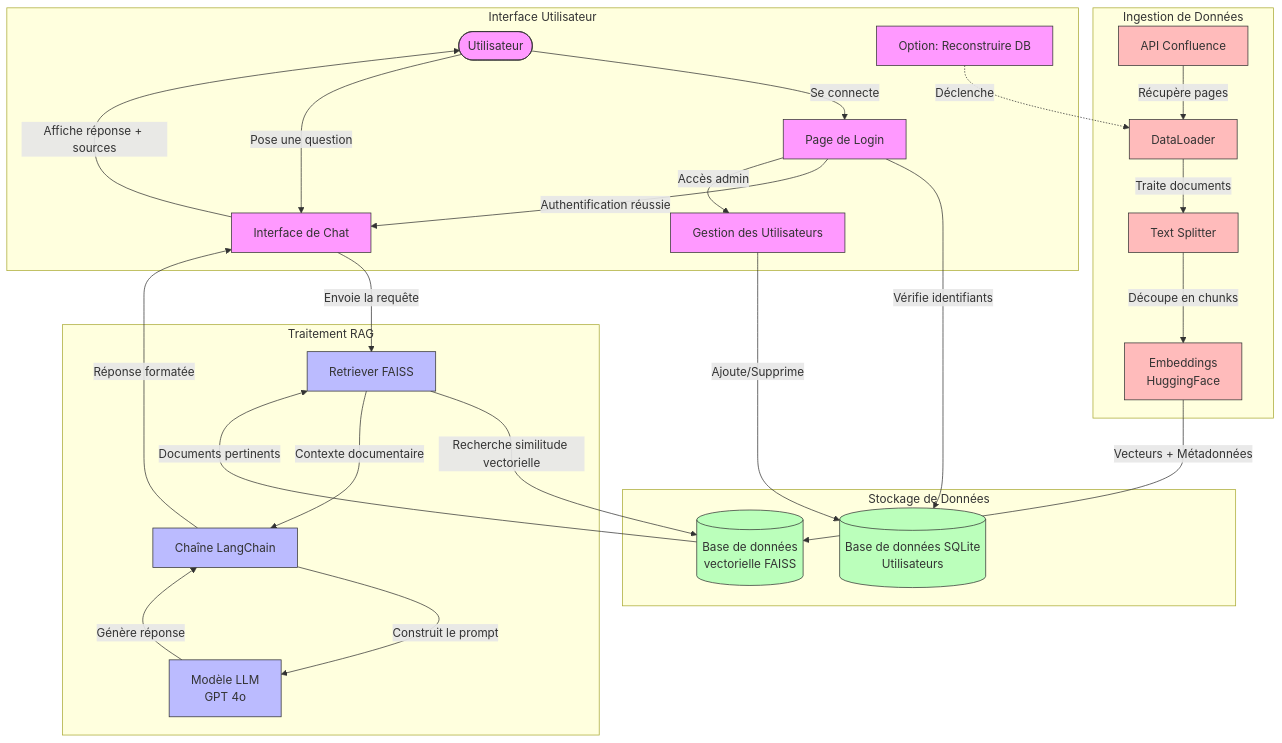
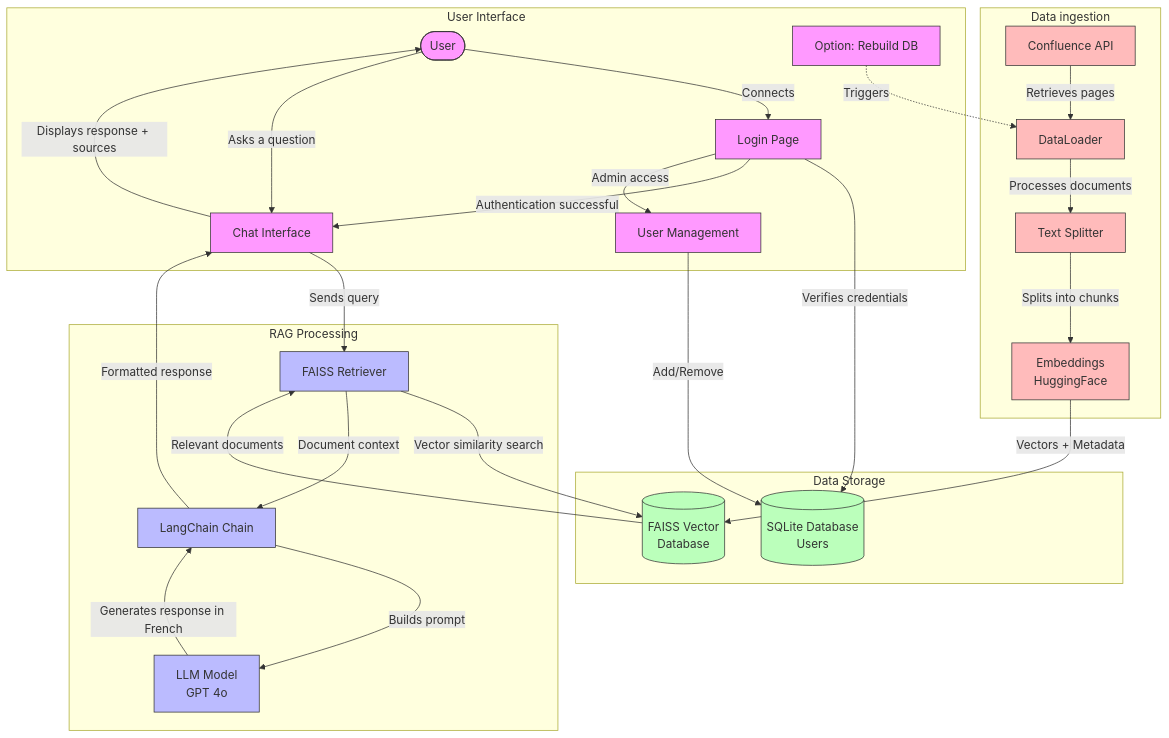
The diagram in flux_donnees.mmd (Isskar/Isschat), drawn with Mermaid before and after one commit. The commit also changed 25 other files, not shown here.

```diff
--- a/flux_donnees.mmd
+++ b/flux_donnees.mmd
@@ -1,71 +1,70 @@
 graph TD
-    %% Utilisateurs et Interface
-    User([Utilisateur]) -->|Se connecte| Login[Page de Login]
-    Login -->|Vérifie identifiants| AuthDB[(Base de données SQLite<br>Utilisateurs)]
-    Login -->|Authentification réussie| Chat[Interface de Chat]
-    Login -->|Accès admin| Admin[Gestion des Utilisateurs]
+    %% Users and Interface
+    User([User]) -->|Connects| Login[Login Page]
+    Login -->|Verifies credentials| AuthDB[(SQLite Database<br>Users)]
+    Login -->|Authentication successful| Chat[Chat Interface]
+    Login -->|Admin access| Admin[User Management]
     
-    %% Flux de la question
-    User -->|Pose une question| Chat
-    Chat -->|Envoie la requête| Retriever[Retriever FAISS]
+    %% Question Flow
+    User -->|Asks a question| Chat
+    Chat -->|Sends query| Retriever[FAISS Retriever]
     
-    %% Recherche de documents
-    Retriever -->|Recherche similitude vectorielle| VectorDB[(Base de données<br>vectorielle FAISS)]
-    VectorDB -->|Documents pertinents| Retriever
+    %% Document Search
+    Retriever -->|Vector similarity search| VectorDB[(FAISS Vector<br>Database)]
+    VectorDB -->|Relevant documents| Retriever
     
-    %% Génération de réponse
-    Retriever -->|Contexte documentaire| Chain[Chaîne LangChain]
-    Chain -->|Construit le prompt| LLM[Modèle LLM<br>GPT 4o]
-    LLM -->|Génère réponse| Chain
-    Chain -->|Réponse formatée| Chat
-    Chat -->|Affiche réponse + sources| User
+    %% Response Generation
+    Retriever -->|Document context| Chain[LangChain Chain]
+    Chain -->|Builds prompt| LLM[LLM Model<br>GPT 4o]
+    LLM -->|Generates response in French| Chain
+    Chain -->|Formatted response| Chat
+    Chat -->|Displays response + sources| User
     
-    %% Initialisation et mise à jour de la base
-    ConfluenceAPI[API Confluence] -->|Récupère pages| DataLoader[DataLoader]
-    DataLoader -->|Traite documents| TextSplitter[Text Splitter]
-    TextSplitter -->|Découpe en chunks| Embedder[Embeddings<br>HuggingFace]
-    Embedder -->|Vecteurs + Métadonnées| VectorDB
+    %% Database Initialization and Update
+    ConfluenceAPI[Confluence API] -->|Retrieves pages| DataLoader[DataLoader]
+    DataLoader -->|Processes documents| TextSplitter[Text Splitter]
+    TextSplitter -->|Splits into chunks| Embedder[Embeddings<br>HuggingFace]
+    Embedder -->|Vectors + Metadata| VectorDB
     
-    %% Gestion des utilisateurs
-    Admin -->|Ajoute/Supprime| AuthDB
+    %% User Management
+    Admin -->|Add/Remove| AuthDB
     
-    %% Options avancées
-    RebuildDB[Option: Reconstruire DB] -.->|Déclenche| DataLoader
+    %% Advanced Options
+    RebuildDB[Option: Rebuild DB] -.->|Triggers| DataLoader
     
-    %% Sous-graphes pour organiser
-    subgraph "Interface Utilisateur"
+    %% Subgraphs for organization
+    subgraph "User Interface"
         User
         Login
         Chat
         Admin
         RebuildDB
     end
     
-    subgraph "Traitement RAG"
+    subgraph "RAG Processing"
         Retriever
         Chain
         LLM
     end
     
-    subgraph "Stockage de Données"
+    subgraph "Data Storage"
         VectorDB
         AuthDB
     end
     
-    subgraph "Ingestion de Données"
+    subgraph "Data ingestion"
         ConfluenceAPI
         DataLoader
         TextSplitter
         Embedder
     end
     
-    %% Styles pour une meilleure lisibilité
     classDef interface fill:#f9f,stroke:#333,stroke-width:1px
     classDef processing fill:#bbf,stroke:#333,stroke-width:1px
     classDef storage fill:#bfb,stroke:#333,stroke-width:1px
     classDef ingestion fill:#fbb,stroke:#333,stroke-width:1px
     
     class User,Login,Chat,Admin,RebuildDB interface
     class Retriever,Chain,LLM processing
     class VectorDB,AuthDB storage
     class ConfluenceAPI,DataLoader,TextSplitter,Embedder ingestion
```
